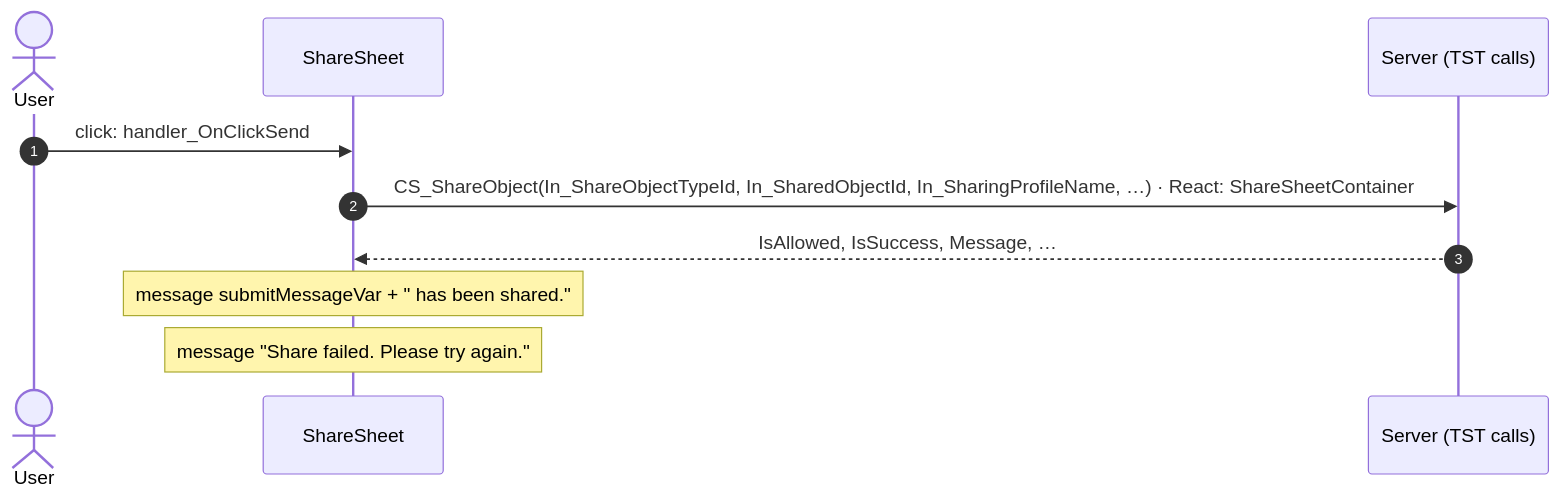
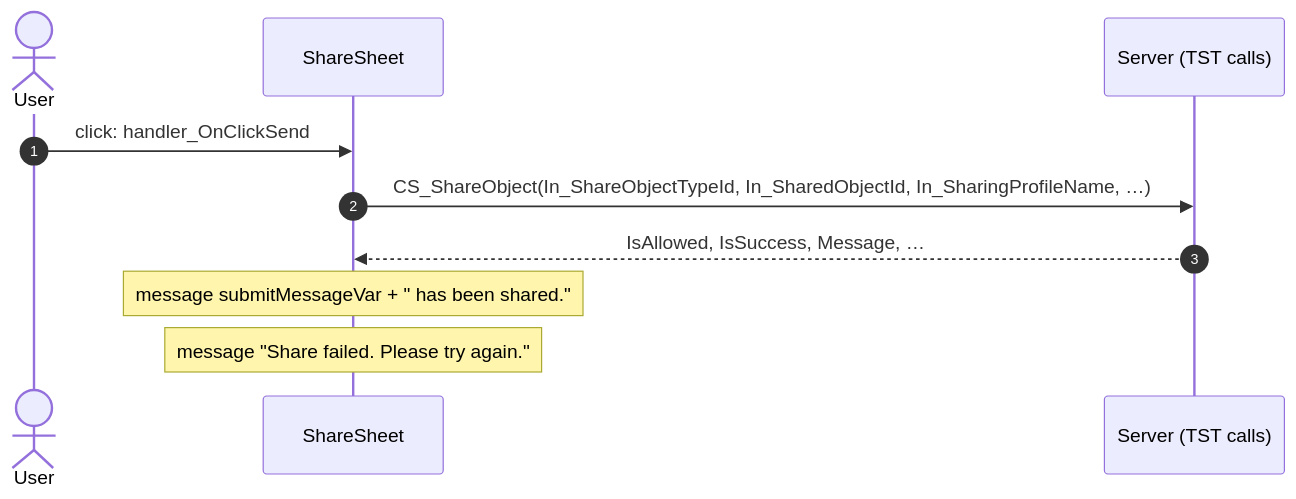
Before and after one commit to Phoenix-DX/connect-new-ui: diagram 46 of 47 in migration/route-actions/HomeFeed.md, drawn with Mermaid. The commit also changed other lines of this file and 90 other files, not shown here.

Commit message:
route actions: React sequence diagram per user action next to OutSystems, differences in red; React handlers read branch by branch and matched by comment, name and block; white SVG background; all SVGs of a file in one browser (HomeFeed 67 s to 14 s)

````diff
--- a/migration/route-actions/HomeFeed.md
+++ b/migration/route-actions/HomeFeed.md
@@ -627,12 +1096,12 @@
 ```mermaid
 sequenceDiagram
   autonumber
   actor U as User
   participant B as ShareSheet
   participant S as Server (TST calls)
   U->>B: click: handler_OnClickSend
-  B->>S: CS_ShareObject(In_ShareObjectTypeId, In_SharedObjectId, In_SharingProfileName, …) · React: ShareSheetContainer
+  B->>S: CS_ShareObject(In_ShareObjectTypeId, In_SharedObjectId, In_SharingProfileName, …)
   S-->>B: IsAllowed, IsSuccess, Message, …
   Note over B: message submitMessageVar + " has been shared."
   Note over B: message "Share failed. Please try again."
 ```
````
